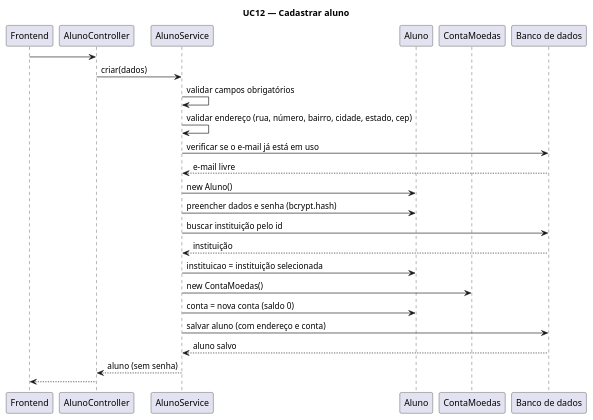
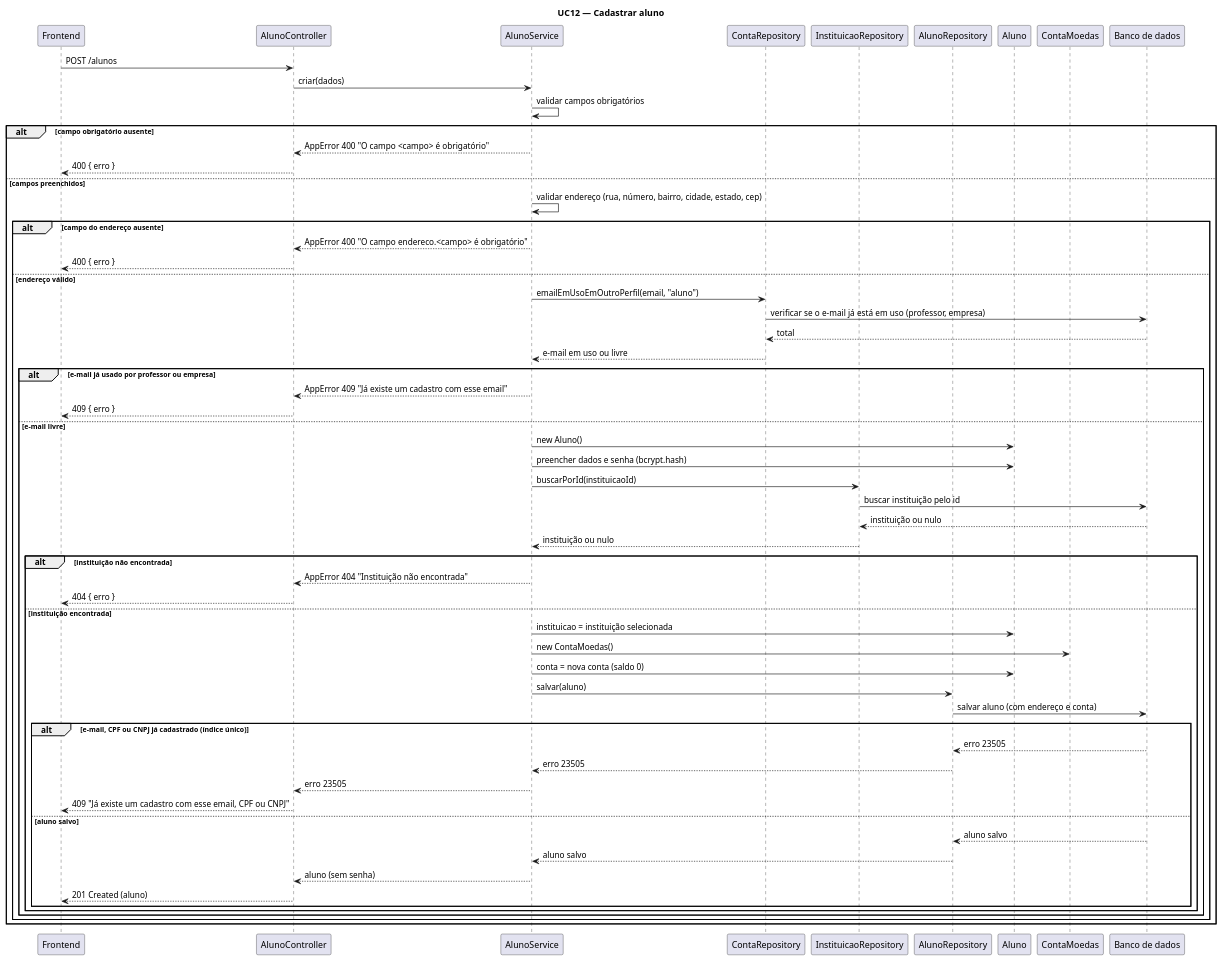
One commit to brunokilo/lab03-projetoSoftware changed the diagram in docs/diagramas/sequencia/uc12-cadastrar-aluno.puml. Above: the diagram before and after it, drawn with PlantUML. The commit also changed 3 other files, not shown here.

Commit message:
docs: correcao diagramas 06 e 12

```diff
--- a/docs/diagramas/sequencia/uc12-cadastrar-aluno.puml
+++ b/docs/diagramas/sequencia/uc12-cadastrar-aluno.puml
@@ -1,28 +1,64 @@
 @startuml sequencia_cadastrar_aluno
 title UC12 — Cadastrar aluno
 
 participant Frontend
 participant AlunoController
 participant AlunoService
+participant ContaRepository
+participant InstituicaoRepository
+participant AlunoRepository
 participant "Aluno" as AlunoClasse
 participant "ContaMoedas" as ContaClasse
 participant "Banco de dados" as BD
 
-Frontend -> AlunoController : 
+Frontend -> AlunoController : POST /alunos
 AlunoController -> AlunoService : criar(dados)
 AlunoService -> AlunoService : validar campos obrigatórios
-AlunoService -> AlunoService : validar endereço (rua, número, bairro, cidade, estado, cep)
-AlunoService -> BD : verificar se o e-mail já está em uso
-BD --> AlunoService : e-mail livre
-AlunoService -> AlunoClasse : new Aluno()
-AlunoService -> AlunoClasse : preencher dados e senha (bcrypt.hash)
-AlunoService -> BD : buscar instituição pelo id
-BD --> AlunoService : instituição
-AlunoService -> AlunoClasse : instituicao = instituição selecionada
-AlunoService -> ContaClasse : new ContaMoedas()
-AlunoService -> AlunoClasse : conta = nova conta (saldo 0)
-AlunoService -> BD : salvar aluno (com endereço e conta)
-BD --> AlunoService : aluno salvo
-AlunoService --> AlunoController : aluno (sem senha)
-AlunoController --> Frontend : 
+alt campo obrigatório ausente
+  AlunoService --> AlunoController : AppError 400 "O campo <campo> é obrigatório"
+  AlunoController --> Frontend : 400 { erro }
+else campos preenchidos
+  AlunoService -> AlunoService : validar endereço (rua, número, bairro, cidade, estado, cep)
+  alt campo do endereço ausente
+    AlunoService --> AlunoController : AppError 400 "O campo endereco.<campo> é obrigatório"
+    AlunoController --> Frontend : 400 { erro }
+  else endereço válido
+    AlunoService -> ContaRepository : emailEmUsoEmOutroPerfil(email, "aluno")
+    ContaRepository -> BD : verificar se o e-mail já está em uso (professor, empresa)
+    BD --> ContaRepository : total
+    ContaRepository --> AlunoService : e-mail em uso ou livre
+    alt e-mail já usado por professor ou empresa
+      AlunoService --> AlunoController : AppError 409 "Já existe um cadastro com esse email"
+      AlunoController --> Frontend : 409 { erro }
+    else e-mail livre
+      AlunoService -> AlunoClasse : new Aluno()
+      AlunoService -> AlunoClasse : preencher dados e senha (bcrypt.hash)
+      AlunoService -> InstituicaoRepository : buscarPorId(instituicaoId)
+      InstituicaoRepository -> BD : buscar instituição pelo id
+      BD --> InstituicaoRepository : instituição ou nulo
+      InstituicaoRepository --> AlunoService : instituição ou nulo
+      alt instituição não encontrada
+        AlunoService --> AlunoController : AppError 404 "Instituição não encontrada"
+        AlunoController --> Frontend : 404 { erro }
+      else instituição encontrada
+        AlunoService -> AlunoClasse : instituicao = instituição selecionada
+        AlunoService -> ContaClasse : new ContaMoedas()
+        AlunoService -> AlunoClasse : conta = nova conta (saldo 0)
+        AlunoService -> AlunoRepository : salvar(aluno)
+        AlunoRepository -> BD : salvar aluno (com endereço e conta)
+        alt e-mail, CPF ou CNPJ já cadastrado (índice único)
+          BD --> AlunoRepository : erro 23505
+          AlunoRepository --> AlunoService : erro 23505
+          AlunoService --> AlunoController : erro 23505
+          AlunoController --> Frontend : 409 "Já existe um cadastro com esse email, CPF ou CNPJ"
+        else aluno salvo
+          BD --> AlunoRepository : aluno salvo
+          AlunoRepository --> AlunoService : aluno salvo
+          AlunoService --> AlunoController : aluno (sem senha)
+          AlunoController --> Frontend : 201 Created (aluno)
+        end
+      end
+    end
+  end
+end
 @enduml
```
